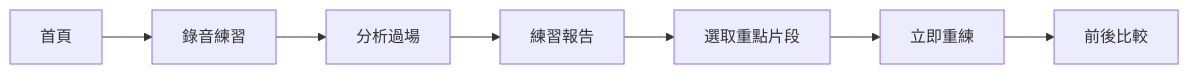
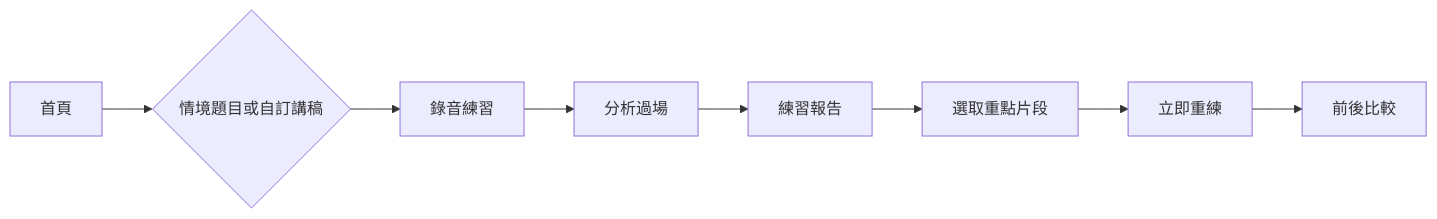
Before and after one commit to swiftruru/TalkFit: the diagram in README.md, drawn with Mermaid. The commit also changed other lines of this file and 19 other files, not shown here.

````diff
--- a/README.md
+++ b/README.md
@@ -17,9 +17,10 @@
 ```mermaid
 flowchart LR
-    A[首頁] --> B[錄音練習]
+    A[首頁] --> P{情境題目或自訂講稿}
+    P --> B[錄音練習]
     B --> C[分析過場]
     C --> D[練習報告]
     D --> E[選取重點片段]
     E --> F[立即重練]
     F --> G[前後比較]
 ```
````
